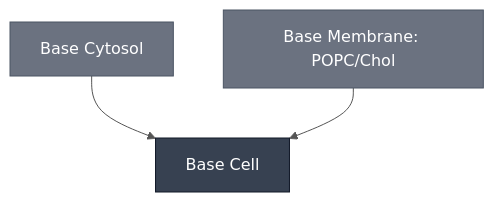
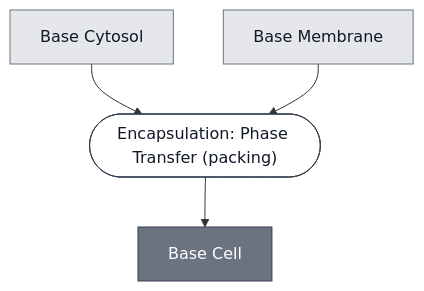
Before and after one commit to nucleus-eng/nucleus-docs: the diagram in docs/modules/base-cell/spec.md, drawn with Mermaid. The commit also changed 7 other files, not shown here.

````diff
--- a/docs/modules/base-cell/spec.md
+++ b/docs/modules/base-cell/spec.md
@@ -28,19 +28,25 @@
 ```mermaid
-%%{init: {'theme': 'base', 'themeVariables': {'lineColor': '#555555', 'edgeLabelBackground': '#ffffff'}}}%%
 flowchart TD
+    BASE_CYTOSOL["Base Cytosol"]
+    MEMBRANE_POPC_CHOL["Base Membrane"]
+
+    P1_ENCAPSULATE_0(["Encapsulation: Phase Transfer (packing)"])
     BASE_CELL["Base Cell"]
-    BASE_CYTOSOL["Base Cytosol"]
-    MEMBRANE_POPC_CHOL["Base Membrane: POPC/Chol"]
 
-    BASE_CYTOSOL --> BASE_CELL
-    MEMBRANE_POPC_CHOL --> BASE_CELL
+    BASE_CYTOSOL --> P1_ENCAPSULATE_0
+    MEMBRANE_POPC_CHOL --> P1_ENCAPSULATE_0
+    P1_ENCAPSULATE_0 --> BASE_CELL
 
-    classDef constituent fill:#6B7280,color:#ffffff,stroke:#4B5563;
-    classDef this fill:#374151,color:#ffffff,stroke:#111827;
-    class BASE_CYTOSOL,MEMBRANE_POPC_CHOL constituent;
-    class BASE_CELL this;
 
-    click BASE_CELL "/docs/modules/base-cell/spec"
+    classDef leaf     fill:#e5e7eb,stroke:#6b7280,color:#111827;
+    classDef composed fill:#6b7280,stroke:#374151,color:#ffffff;
+    classDef process  fill:#ffffff,stroke:#374151,color:#111827;
+    class BASE_CYTOSOL,MEMBRANE_POPC_CHOL leaf;
+    class BASE_CELL composed;
+    class P1_ENCAPSULATE_0 process;
+
     click BASE_CYTOSOL "/docs/modules/base-cytosol/spec"
     click MEMBRANE_POPC_CHOL "/docs/modules/membrane-popc-chol/spec"
+    click P1_ENCAPSULATE_0 "/docs/processes/assemble-base-cell/main"
+    click BASE_CELL "/docs/modules/base-cell/spec"
 ```
````
